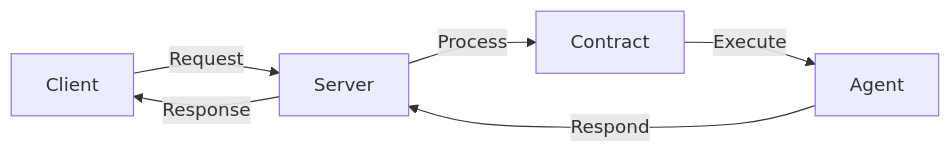
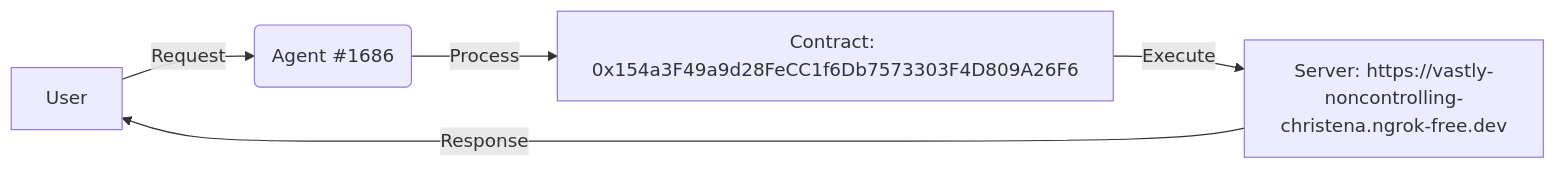
The diagram in README.md (Cyberpaisa/deterministic-observability-framework), drawn with Mermaid before and after one commit. The commit also changed other lines of this file and 1 other file, not shown here.

````diff
--- a/README.md
+++ b/README.md
@@ -18,8 +20,7 @@
 ```mermaid
 graph LR
-    A[Client] -->| Request | B[Server]
-    B -->| Process | C[Contract]
-    C -->| Execute | D[Agent]
-    D -->| Respond | B
-    B -->| Response | A
+    A[User] -->| Request | B(Agent #1686)
+    B -->| Process | C[Contract: 0x154a3F49a9d28FeCC1f6Db7573303F4D809A26F6]
+    C -->| Execute | D[Server: https://vastly-noncontrolling-christena.ngrok-free.dev]
+    D -->| Response | A
 ```
````
